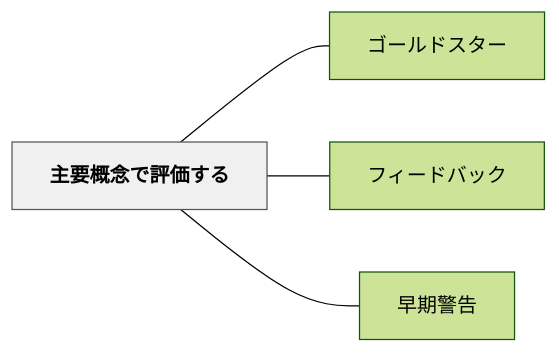
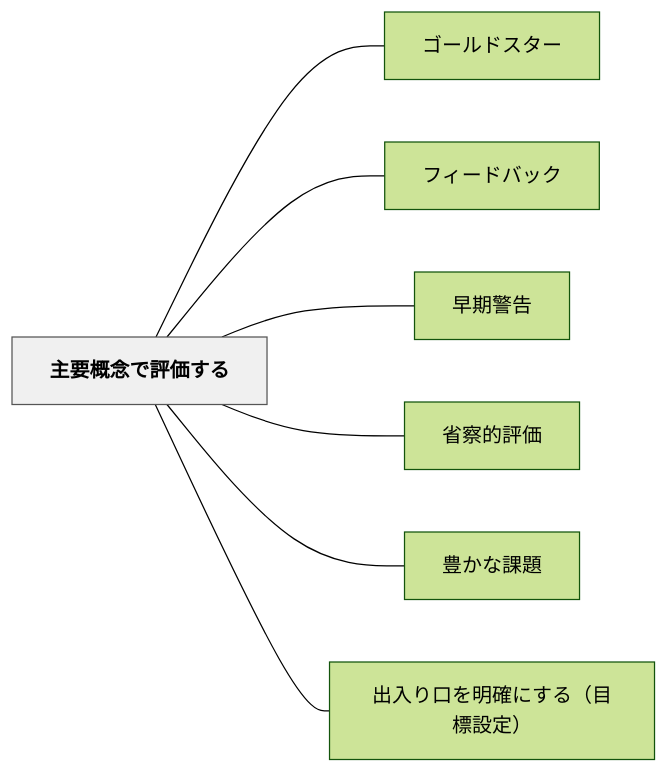
Before and after one commit to unknownthings-ed-patterns/unknownthings-ed-patterns: the diagram in content/パタン/主要概念で評価する.md, drawn with Mermaid (forest theme). The commit also changed other lines of this file and 36 other files, not shown here.

````diff
--- a/content/パタン/主要概念で評価する.md
+++ b/content/パタン/主要概念で評価する.md
@@ -80,14 +84,20 @@
 ```mermaid
 flowchart LR
     ne4b8bbe8a681e6a682e5bfb5e381a7e8a995e4bea1e38199e3828b["主要概念で評価する"]
     ne382b4e383bce383abe38389e382b9e382bfe383bc["ゴールドスター"]
     ne38395e382a3e383bce38389e38390e38383e382af["フィードバック"]
     ne697a9e69c9fe8ada6e5918a["早期警告"]
+    ne79c81e5af9fe79a84e8a995e4bea1["省察的評価"]
+    ne8b18ae3818be381aae8aab2e9a18c["豊かな課題"]
+    ne587bae585a5e3828ae58fa3e38292e6988ee7a2bae381abe38199e3828befbc88e79baee6a899e8a8ade5ae9aefbc89["出入り口を明確にする（目標設定）"]
 
     ne4b8bbe8a681e6a682e5bfb5e381a7e8a995e4bea1e38199e3828b --- ne382b4e383bce383abe38389e382b9e382bfe383bc
     ne4b8bbe8a681e6a682e5bfb5e381a7e8a995e4bea1e38199e3828b --- ne38395e382a3e383bce38389e38390e38383e382af
     ne4b8bbe8a681e6a682e5bfb5e381a7e8a995e4bea1e38199e3828b --- ne697a9e69c9fe8ada6e5918a
+    ne4b8bbe8a681e6a682e5bfb5e381a7e8a995e4bea1e38199e3828b --- ne79c81e5af9fe79a84e8a995e4bea1
+    ne4b8bbe8a681e6a682e5bfb5e381a7e8a995e4bea1e38199e3828b --- ne8b18ae3818be381aae8aab2e9a18c
+    ne4b8bbe8a681e6a682e5bfb5e381a7e8a995e4bea1e38199e3828b --- ne587bae585a5e3828ae58fa3e38292e6988ee7a2bae381abe38199e3828befbc88e79baee6a899e8a8ade5ae9aefbc89
 
     classDef hub fill:#f0f0f0,stroke:#555,color:#000,font-weight:bold
     class ne4b8bbe8a681e6a682e5bfb5e381a7e8a995e4bea1e38199e3828b hub
 ```
````
